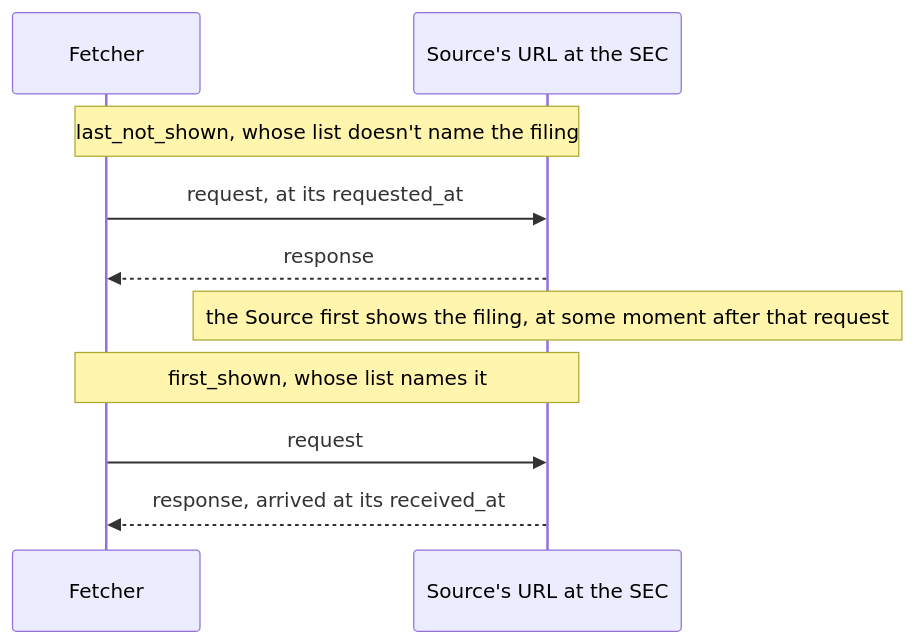
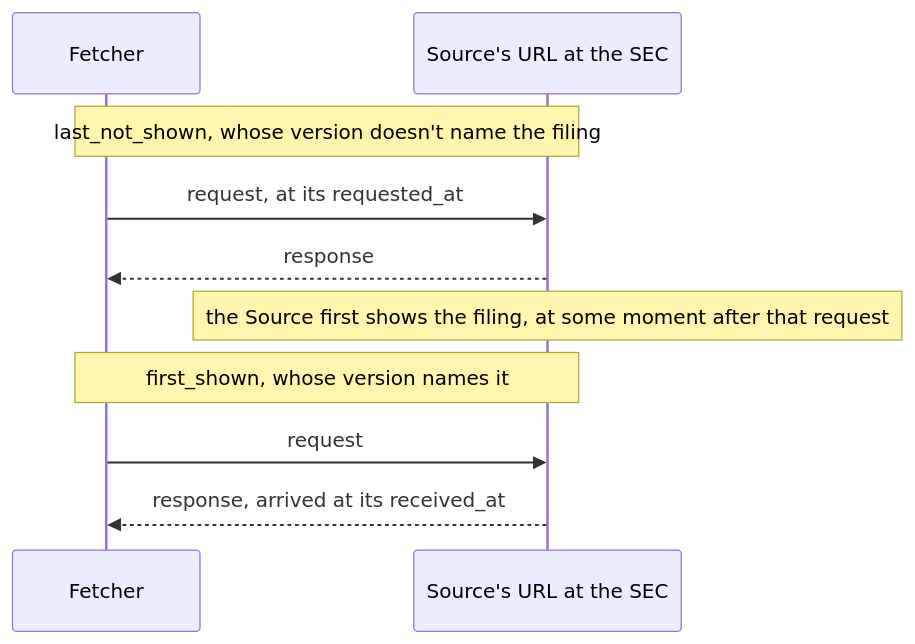
The second of 3 diagrams in docs/explanation/discoverer.md (nslaughter/edgar-data-pipeline), drawn with Mermaid before and after one commit. The commit also changed other lines of this file and 23 other files, not shown here.

````diff
--- a/docs/explanation/discoverer.md
+++ b/docs/explanation/discoverer.md
@@ -86,12 +97,12 @@
 ```mermaid
 sequenceDiagram
   participant F as Fetcher
   participant S as Source's URL at the SEC
-  Note over F,S: last_not_shown, whose list doesn't name the filing
+  Note over F,S: last_not_shown, whose version doesn't name the filing
   F->>S: request, at its requested_at
   S-->>F: response
   Note over S: the Source first shows the filing, at some moment after that request
-  Note over F,S: first_shown, whose list names it
+  Note over F,S: first_shown, whose version names it
   F->>S: request
   S-->>F: response, arrived at its received_at
 ```
````
